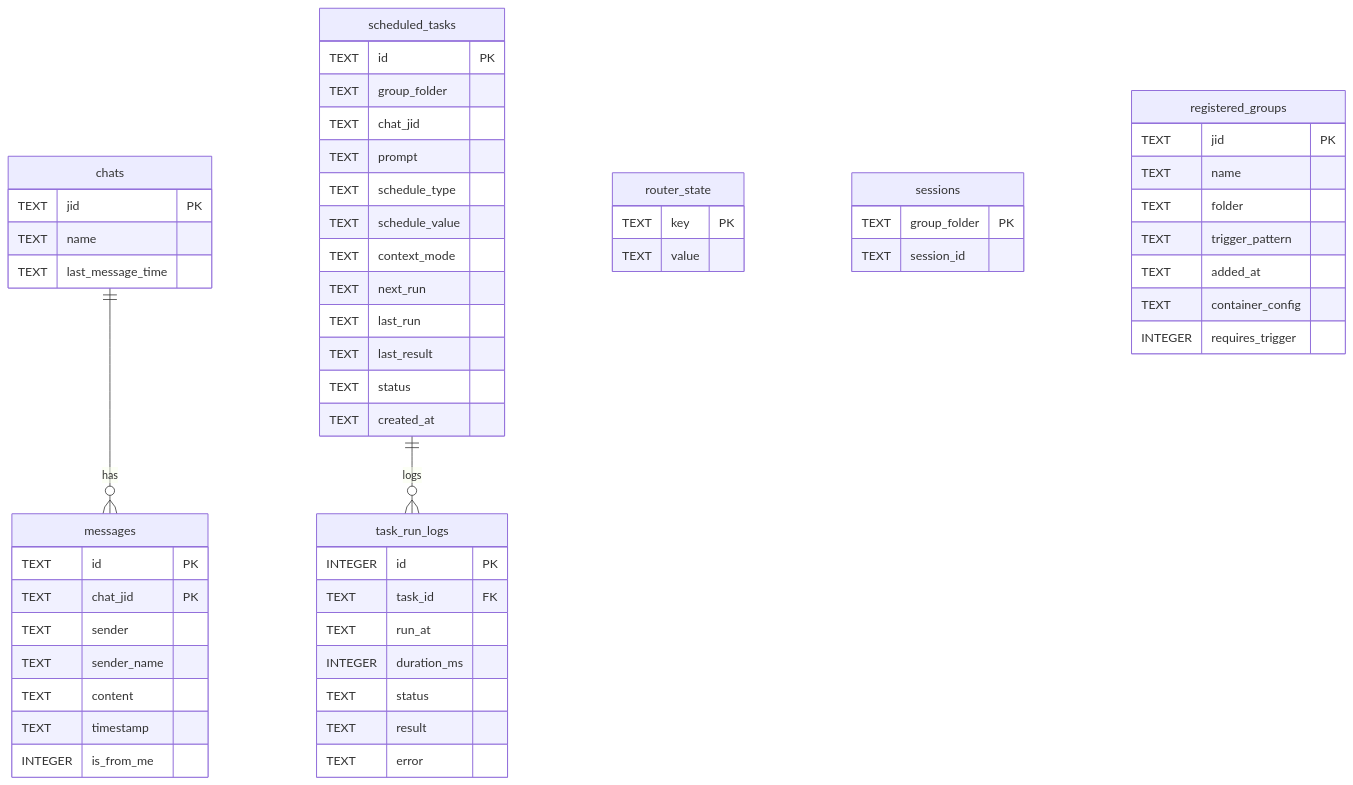
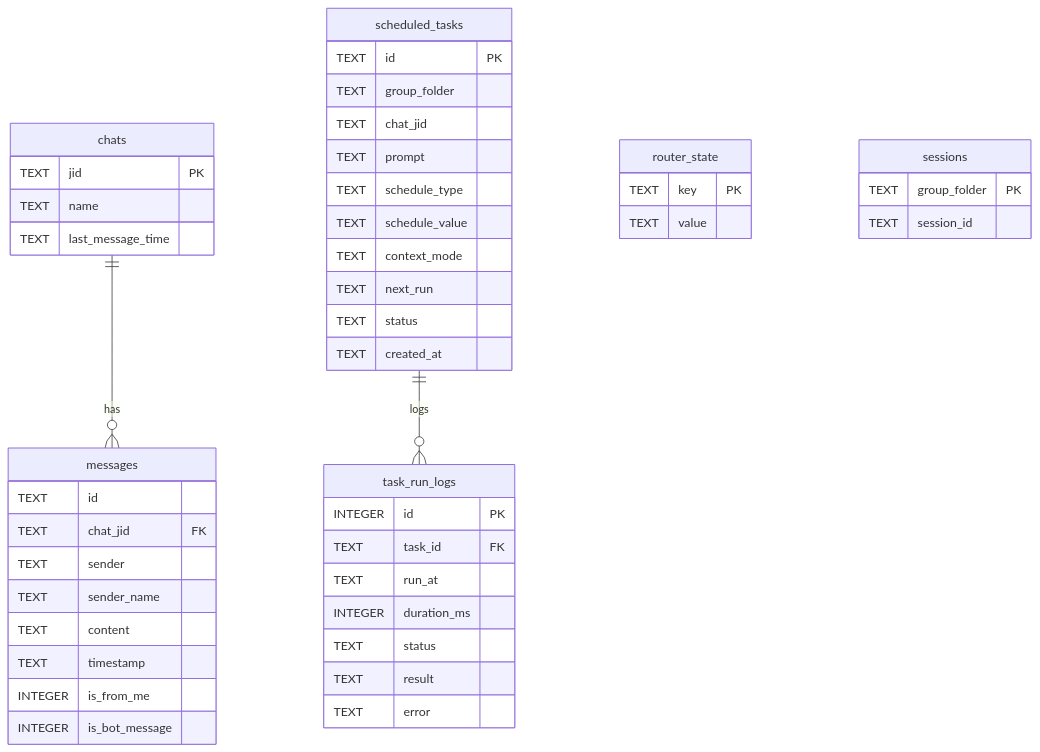
One commit to shunwork/nanoclaw changed the ninth of 39 diagrams in tutorial/TUTORIAL.md. Above: the diagram before and after it, drawn with Mermaid. The commit also changed other lines of this file and 18 other files, not shown here.

````diff
--- a/tutorial/TUTORIAL.md
+++ b/tutorial/TUTORIAL.md
@@ -458,66 +488,55 @@
 ```mermaid
 erDiagram
     chats {
         TEXT jid PK
         TEXT name
         TEXT last_message_time
     }
 
     messages {
-        TEXT id PK
-        TEXT chat_jid PK
+        TEXT id
+        TEXT chat_jid FK
         TEXT sender
         TEXT sender_name
         TEXT content
         TEXT timestamp
         INTEGER is_from_me
+        INTEGER is_bot_message
     }
 
     scheduled_tasks {
         TEXT id PK
         TEXT group_folder
         TEXT chat_jid
         TEXT prompt
         TEXT schedule_type
         TEXT schedule_value
         TEXT context_mode
         TEXT next_run
-        TEXT last_run
-        TEXT last_result
         TEXT status
         TEXT created_at
     }
 
     task_run_logs {
         INTEGER id PK
         TEXT task_id FK
         TEXT run_at
         INTEGER duration_ms
         TEXT status
         TEXT result
         TEXT error
     }
 
     router_state {
         TEXT key PK
         TEXT value
     }
 
     sessions {
         TEXT group_folder PK
         TEXT session_id
     }
 
-    registered_groups {
-        TEXT jid PK
-        TEXT name
-        TEXT folder
-        TEXT trigger_pattern
-        TEXT added_at
-        TEXT container_config
-        INTEGER requires_trigger
-    }
-
     chats ||--o{ messages : "has"
     scheduled_tasks ||--o{ task_run_logs : "logs"
 ```
````
